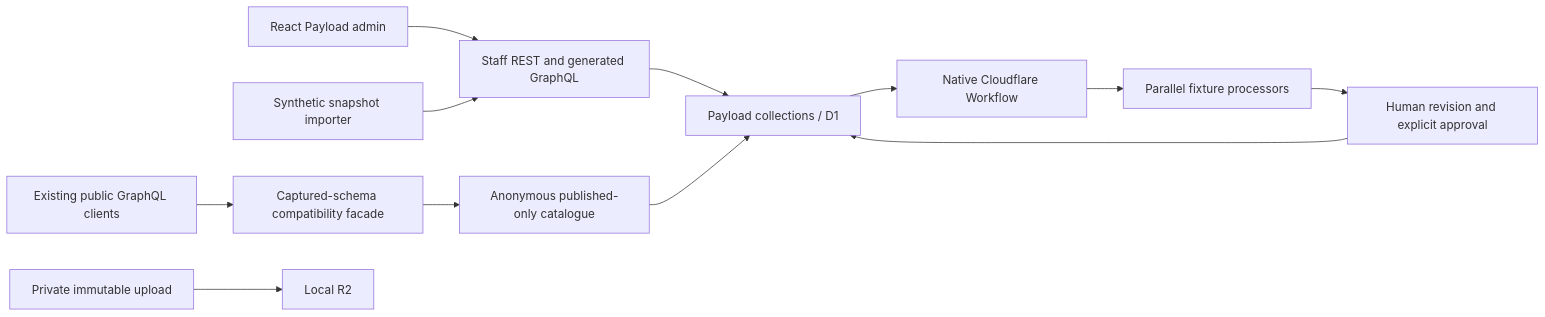
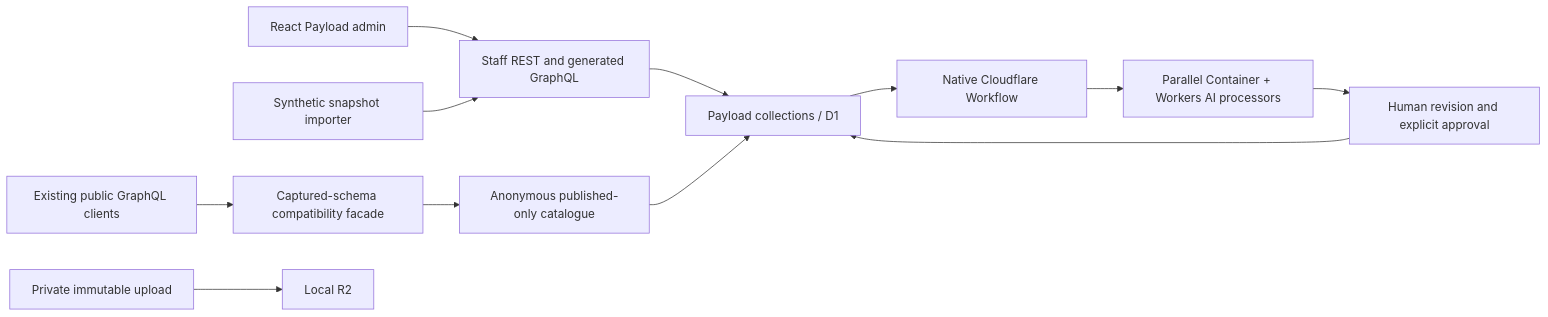
One commit to rawkode-academy/rawkode-academy changed the diagram in projects/rawkode.academy/payload/README.md. Above: the diagram before and after it, drawn with Mermaid. The commit also changed other lines of this file and 2 other files, not shown here.

First line of the commit message:
ci(payload): auto-deploy the review runtime from main (#1396)

````diff
--- a/projects/rawkode.academy/payload/README.md
+++ b/projects/rawkode.academy/payload/README.md
@@ -53,14 +53,14 @@
 ```mermaid
 flowchart LR
   Admin[React Payload admin] --> REST[Staff REST and generated GraphQL]
   Import[Synthetic snapshot importer] --> REST
   REST --> Payload[Payload collections / D1]
   Client[Existing public GraphQL clients] --> Compat[Captured-schema compatibility facade]
   Compat --> Published[Anonymous published-only catalogue]
   Published --> Payload
   Upload[Private immutable upload] --> R2[Local R2]
   Payload --> Workflow[Native Cloudflare Workflow]
-  Workflow --> Fixtures[Parallel fixture processors]
-  Fixtures --> Review[Human revision and explicit approval]
+  Workflow --> Processors[Parallel Container + Workers AI processors]
+  Processors --> Review[Human revision and explicit approval]
   Review --> Payload
 ```
````
